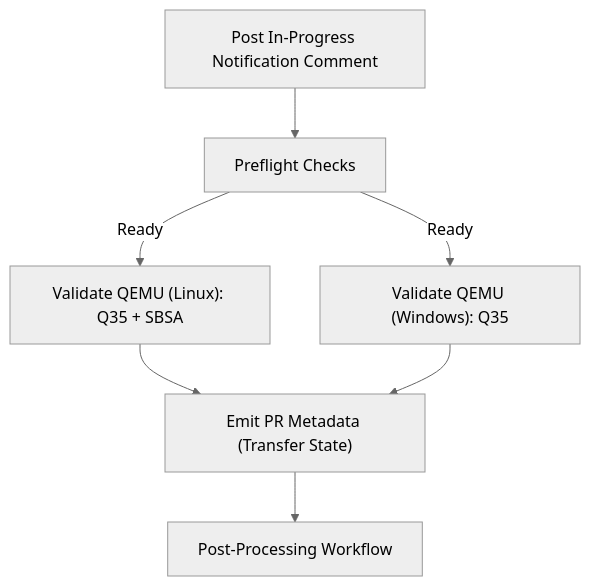
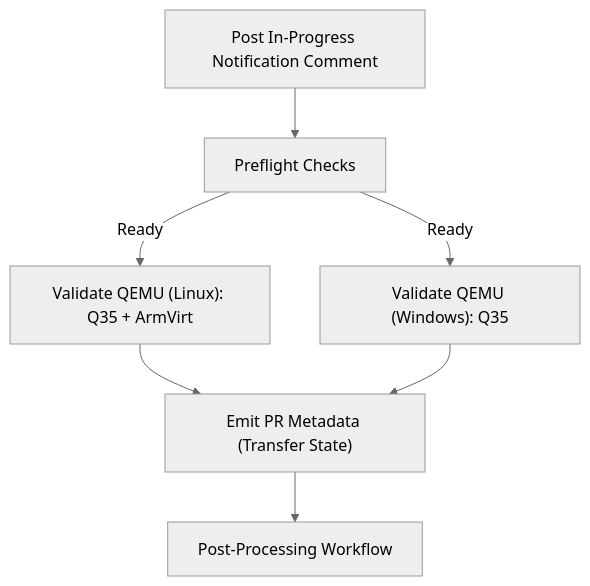
Before and after one commit to OpenDevicePartnership/patina: the second of 3 diagrams in docs/src/dev/testing/qemu_pr_validation.md, drawn with Mermaid (neutral theme). The commit also changed other lines of this file and 3 other files, not shown here.

````diff
--- a/docs/src/dev/testing/qemu_pr_validation.md
+++ b/docs/src/dev/testing/qemu_pr_validation.md
@@ -123,9 +123,9 @@
 ```mermaid
 flowchart TD
     N["Post In-Progress Notification Comment"] --> P["Preflight Checks"]
-    P -->|Ready| L["Validate QEMU (Linux): Q35 + SBSA"]
+    P -->|Ready| L["Validate QEMU (Linux): Q35 + ArmVirt"]
     P -->|Ready| W["Validate QEMU (Windows): Q35"]
     L --> M["Emit PR Metadata (Transfer State)"]
     W --> M
     M --> Post["Post-Processing Workflow"]
 ```
````
